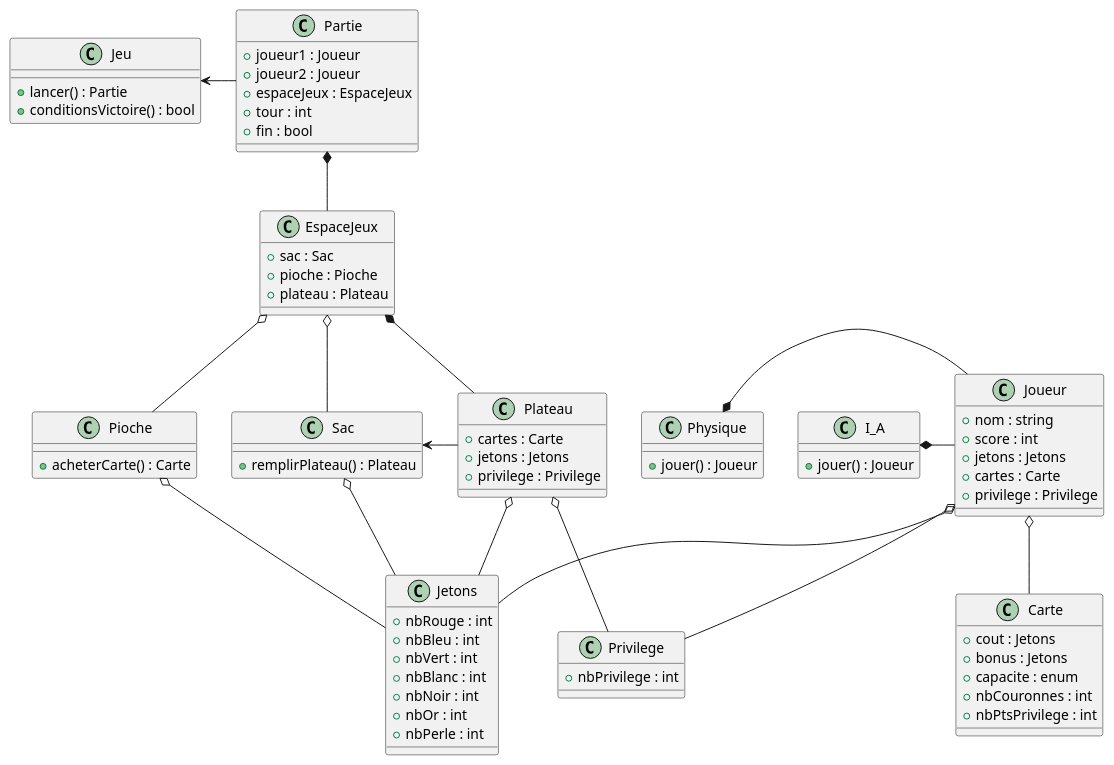
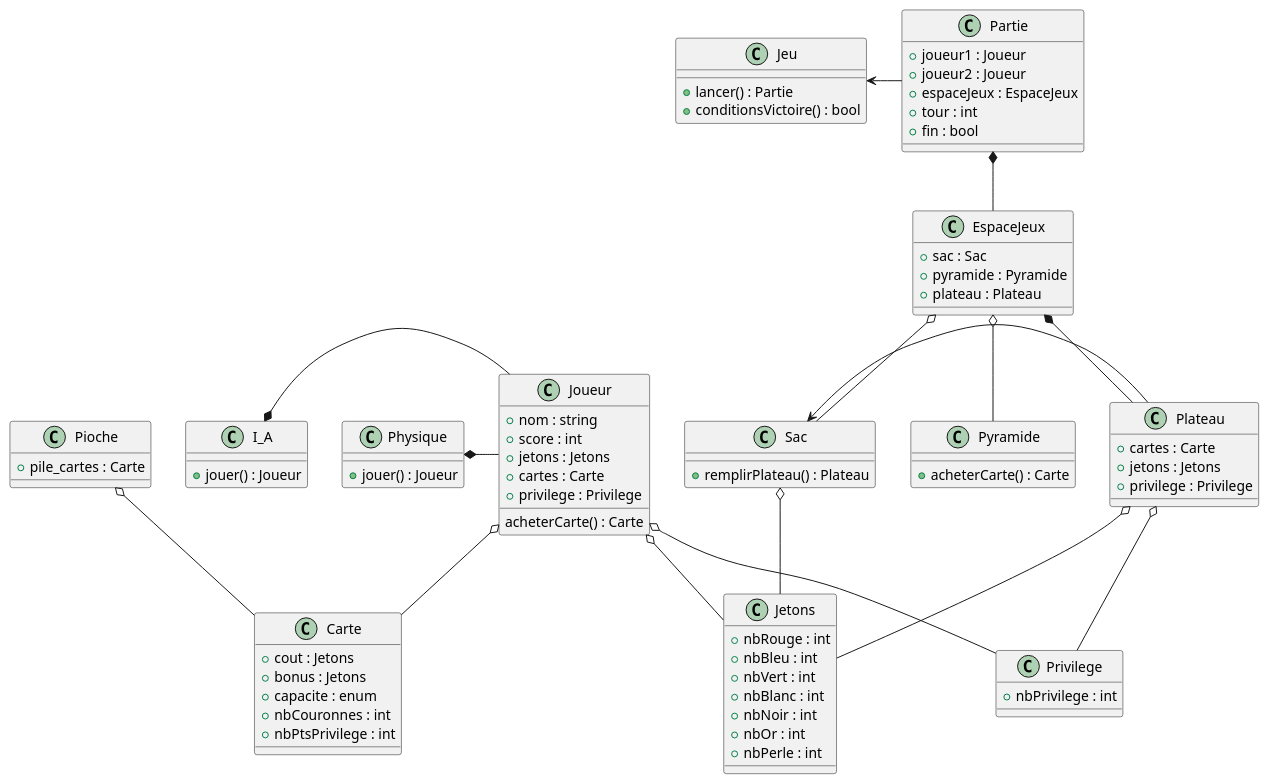
Before and after one commit to theguega/OOP-Board-Game: the diagram in source/UML/UML_VO.5.plantuml, drawn with PlantUML. The commit also changed 1 other file, not shown here.

Commit message:
modif uml

```diff
--- a/source/UML/UML_VO.5.plantuml
+++ b/source/UML/UML_VO.5.plantuml
@@ -1,102 +1,109 @@
 @startuml
 
 /'
     Diagramme de classe du jeu Splendor Duel
     Pour programmation objet C++
 '/
 
 class Joueur{
     + nom : string
     + score : int
     + jetons : Jetons
     + cartes : Carte
     + privilege : Privilege
+
+    acheterCarte() : Carte
 }
 
 class I_A {
     + jouer() : Joueur
 }
 
 class Physique {
     + jouer() : Joueur
 }
 
 class Partie {
     + joueur1 : Joueur
     + joueur2 : Joueur
     + espaceJeux : EspaceJeux
     + tour : int
     + fin : bool
 }
 
 class EspaceJeux {
     + sac : Sac
-    + pioche : Pioche
+    + pyramide : Pyramide
     + plateau : Plateau
 }
 
 class Sac{
     + remplirPlateau() : Plateau
 }
 
-class Pioche {
+class Pyramide {
     + acheterCarte() : Carte
 }
 
 class Carte{
     + cout : Jetons
     + bonus : Jetons
     + capacite : enum
     + nbCouronnes : int
     + nbPtsPrivilege : int
+}
+
+class Pioche {
+    + pile_cartes : Carte
 }
 
 class Privilege {
     + nbPrivilege : int
 }
 
 class Jetons {
     + nbRouge : int
     + nbBleu : int
     + nbVert : int
     + nbBlanc : int
     + nbNoir : int
     + nbOr : int
     + nbPerle : int
 }
 
 class Plateau {
     + cartes : Carte
     + jetons : Jetons
     + privilege : Privilege
 }
 
 class Jeu {
     + lancer() : Partie
     + conditionsVictoire() : bool
 }
 
 Physique *- Joueur
 I_A *- Joueur
 
 Joueur o-- Jetons
 Joueur o-- Carte
 Joueur o-- Privilege
 
 Partie *-- EspaceJeux
 
+Pioche o-- Carte
+
 EspaceJeux o-- Sac
-EspaceJeux o-- Pioche
+EspaceJeux o-- Pyramide
 EspaceJeux *-- Plateau
 
 Sac o-- Jetons
-Pioche o-- Jetons
 Plateau o-- Jetons
 Plateau o-- Privilege
 
 Sac <- Plateau
 
 Jeu <- Partie
 
 
 @enduml
```
